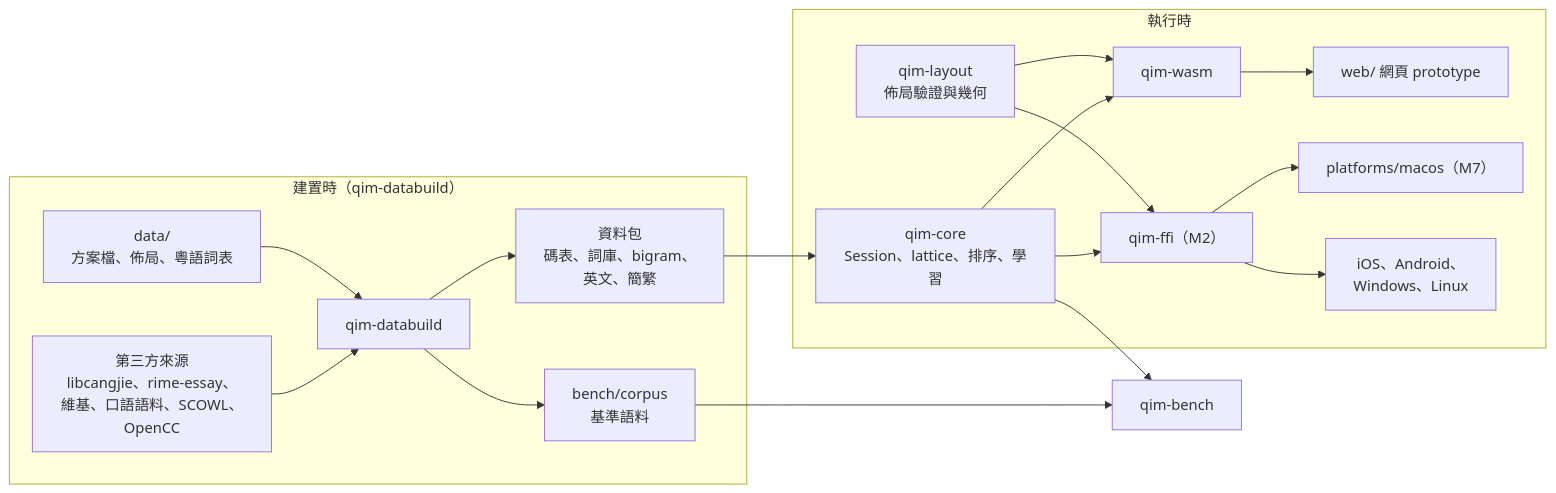
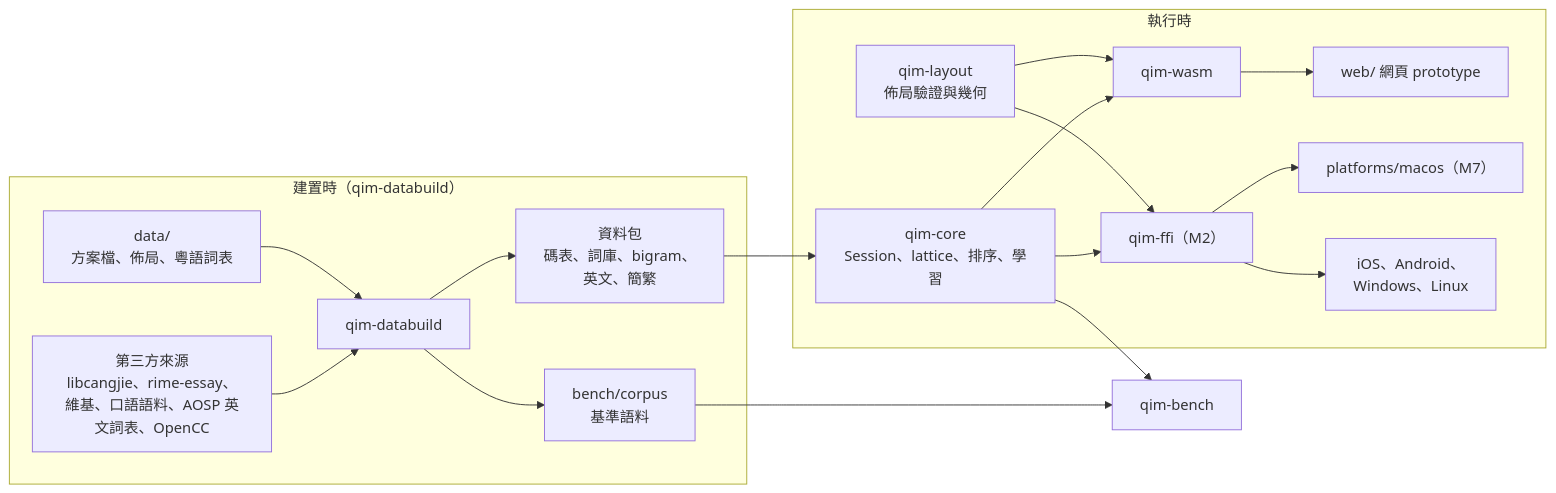
The first of 2 diagrams in docs/plan.md (1morr/QIM), drawn with Mermaid before and after one commit. The commit also changed other lines of this file and 53 other files, not shown here.

````diff
--- a/docs/plan.md
+++ b/docs/plan.md
@@ -54,30 +54,30 @@
 ```mermaid
 flowchart LR
   subgraph Build["建置時（qim-databuild）"]
-    Src["第三方來源<br/>libcangjie、rime-essay、<br/>維基、口語語料、SCOWL、OpenCC"] --> DB["qim-databuild"]
+    Src["第三方來源<br/>libcangjie、rime-essay、<br/>維基、口語語料、AOSP 英文詞表、OpenCC"] --> DB["qim-databuild"]
     Own["data/<br/>方案檔、佈局、粵語詞表"] --> DB
     DB --> Packs["資料包<br/>碼表、詞庫、bigram、<br/>英文、簡繁"]
     DB --> Corpus["bench/corpus<br/>基準語料"]
   end
 
   subgraph Runtime["執行時"]
     Core["qim-core<br/>Session、lattice、排序、學習"]
     Layout["qim-layout<br/>佈局驗證與幾何"]
     Wasm["qim-wasm"]
     Ffi["qim-ffi（M2）"]
     Web["web/ 網頁 prototype"]
     Mac["platforms/macos（M7）"]
     Others["iOS、Android、<br/>Windows、Linux"]
   end
 
   Packs --> Core
   Core --> Wasm
   Layout --> Wasm
   Core --> Ffi
   Layout --> Ffi
   Wasm --> Web
   Ffi --> Mac
   Ffi --> Others
   Corpus --> Bench["qim-bench"]
   Core --> Bench
 ```
````
